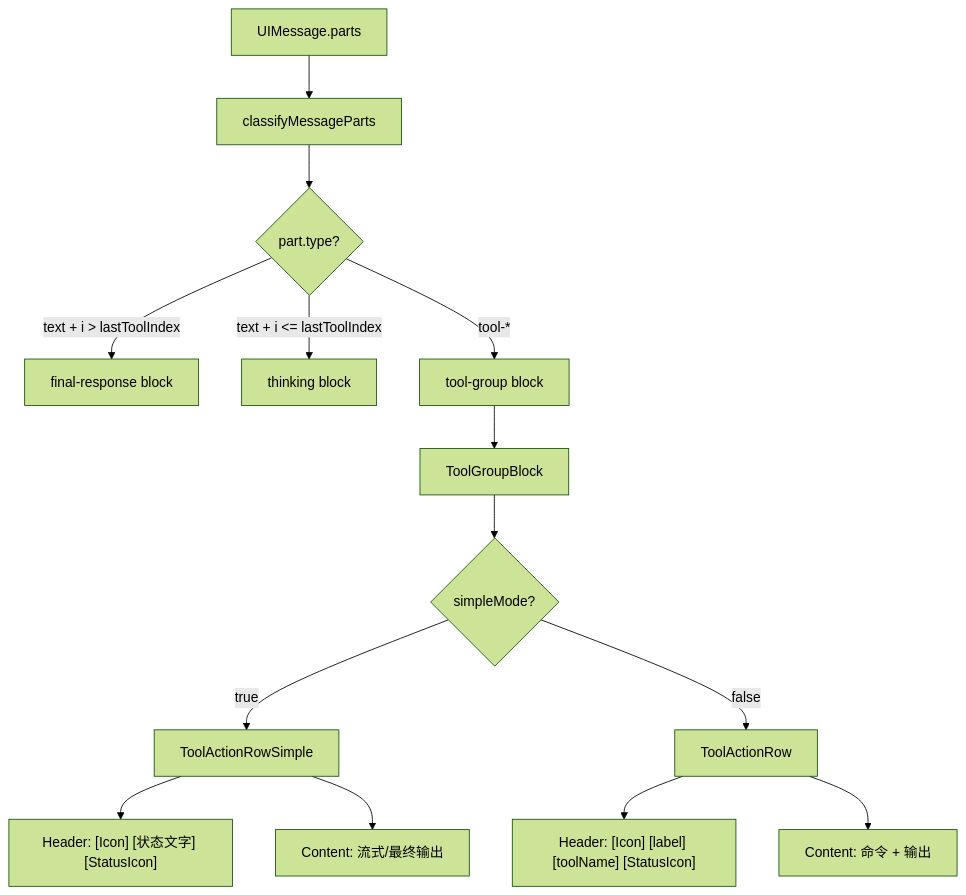
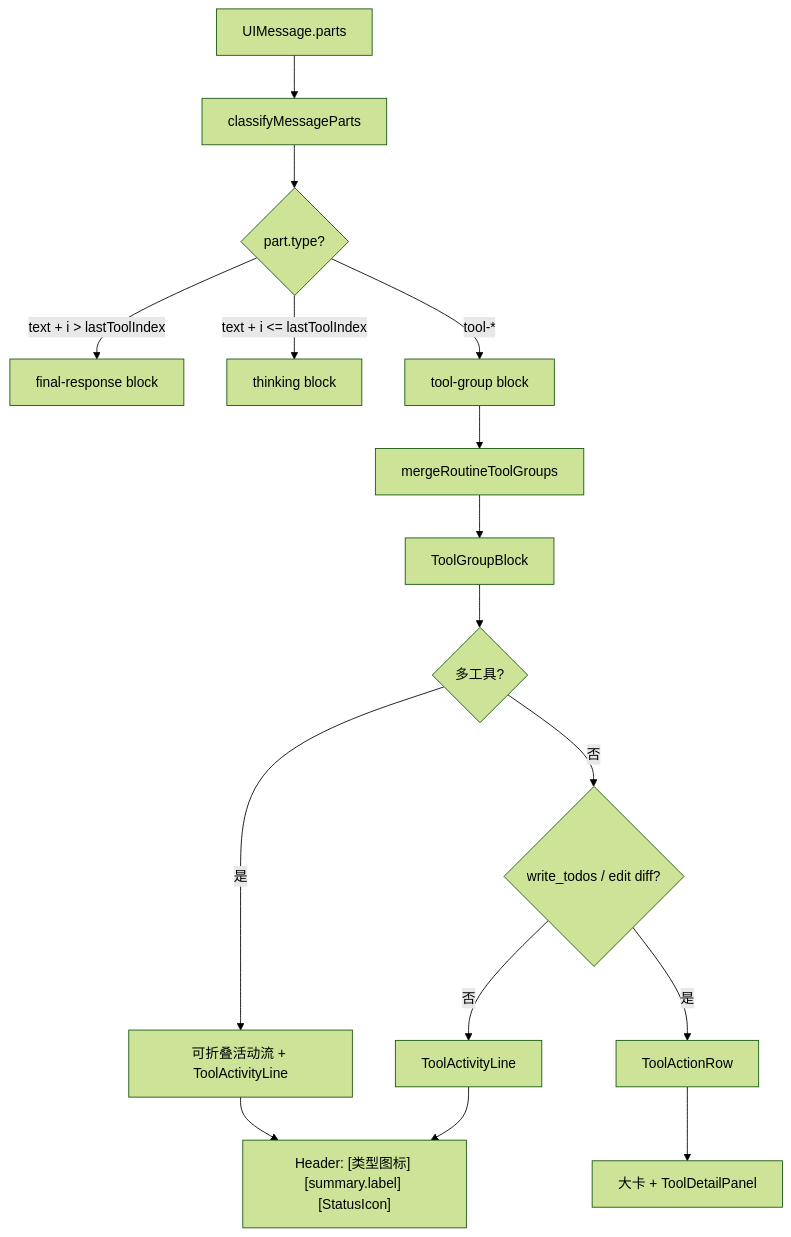
The sixth of 11 diagrams in apps/web/src/lib/chat/langchain-stream-parser-flow.md (rzx007/digital-employe-client-web-m), drawn with Mermaid (forest theme) before and after one commit. The commit also changed other lines of this file and 17 other files, not shown here.

````diff
--- a/apps/web/src/lib/chat/langchain-stream-parser-flow.md
+++ b/apps/web/src/lib/chat/langchain-stream-parser-flow.md
@@ -200,20 +200,21 @@
 ```mermaid
 flowchart TD
   A[UIMessage.parts] --> B[classifyMessageParts]
   B --> C{part.type?}
 
   C -- "text + i > lastToolIndex" --> D[final-response block]
   C -- "text + i <= lastToolIndex" --> E[thinking block]
   C -- "tool-*" --> F[tool-group block]
 
-  F --> G[ToolGroupBlock]
-  G --> H{simpleMode?}
-  H -- true --> I[ToolActionRowSimple]
-  H -- false --> J[ToolActionRow]
+  F --> G[mergeRoutineToolGroups]
+  G --> H[ToolGroupBlock]
+  H --> I{多工具?}
+  I -- 是 --> J[可折叠活动流 + ToolActivityLine]
+  I -- 否 --> K{write_todos / edit diff?}
+  K -- 是 --> L[ToolActionRow]
+  K -- 否 --> M[ToolActivityLine]
 
-  I --> K["Header: [Icon] [状态文字] [StatusIcon]"]
-  I --> L["Content: 流式/最终输出"]
-
-  J --> M["Header: [Icon] [label] [toolName] [StatusIcon]"]
-  J --> N["Content: 命令 + 输出"]
+  J --> N["Header: [类型图标] [summary.label] [StatusIcon]"]
+  L --> O["大卡 + ToolDetailPanel"]
+  M --> N
 ```
````
